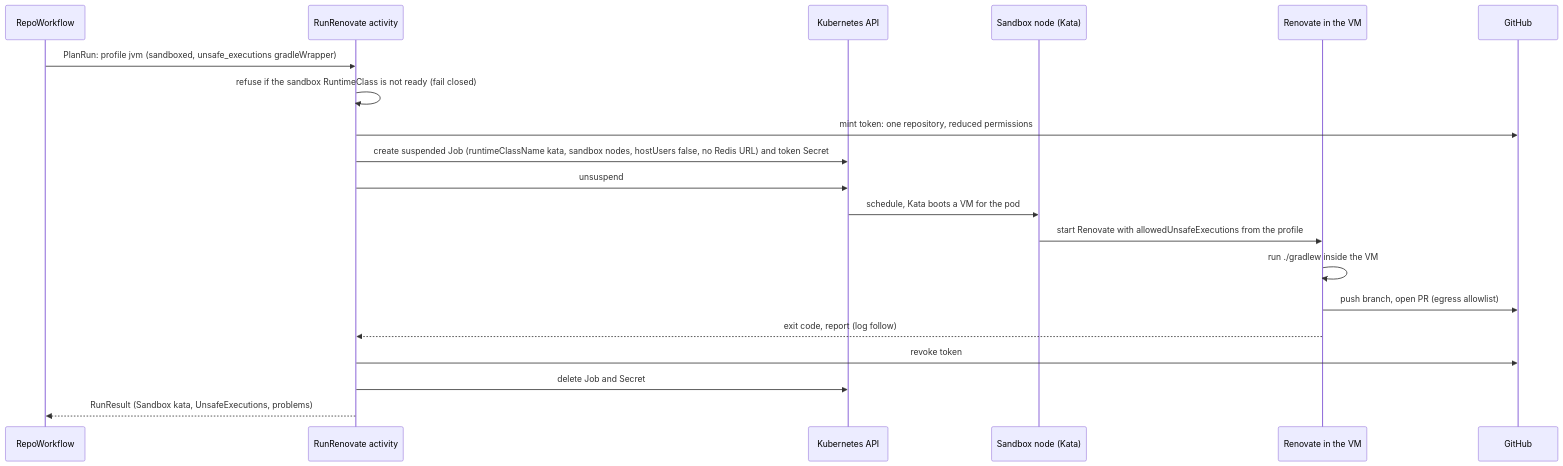
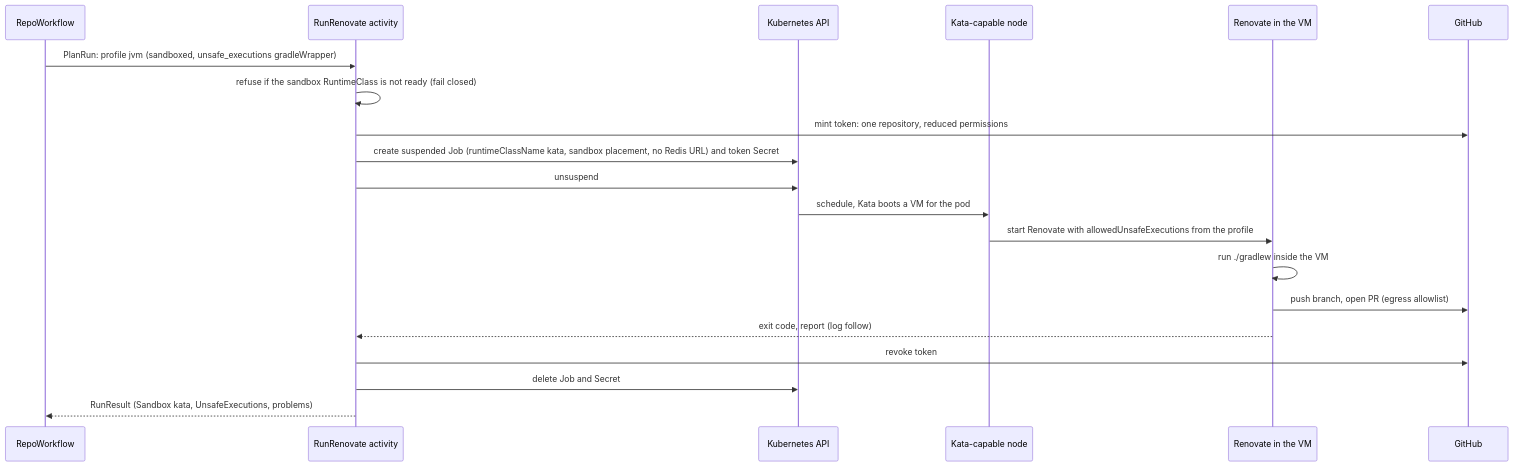
Before and after one commit to donaldgifford/boop: the third of 3 diagrams in docs/design/0005-sandboxed-execution-of-repository-code-in-renovate-runs.md, drawn with Mermaid. The commit also changed other lines of this file and 1 other file, not shown here.

First line of the commit message:
docs(design): DESIGN-0005 corrections from the pinned image and Kata

````diff
--- a/docs/design/0005-sandboxed-execution-of-repository-code-in-renovate-runs.md
+++ b/docs/design/0005-sandboxed-execution-of-repository-code-in-renovate-runs.md
@@ -464,22 +481,22 @@
 ```mermaid
 sequenceDiagram
   participant RW as RepoWorkflow
   participant A as RunRenovate activity
   participant K as Kubernetes API
-  participant N as Sandbox node (Kata)
+  participant N as Kata-capable node
   participant R as Renovate in the VM
   participant GH as GitHub
   RW->>A: PlanRun: profile jvm (sandboxed, unsafe_executions gradleWrapper)
   A->>A: refuse if the sandbox RuntimeClass is not ready (fail closed)
   A->>GH: mint token: one repository, reduced permissions
-  A->>K: create suspended Job (runtimeClassName kata, sandbox nodes, hostUsers false, no Redis URL) and token Secret
+  A->>K: create suspended Job (runtimeClassName kata, sandbox placement, no Redis URL) and token Secret
   A->>K: unsuspend
   K->>N: schedule, Kata boots a VM for the pod
   N->>R: start Renovate with allowedUnsafeExecutions from the profile
   R->>R: run ./gradlew inside the VM
   R->>GH: push branch, open PR (egress allowlist)
   R-->>A: exit code, report (log follow)
   A->>GH: revoke token
   A->>K: delete Job and Secret
   A-->>RW: RunResult (Sandbox kata, UnsafeExecutions, problems)
 ```
````
